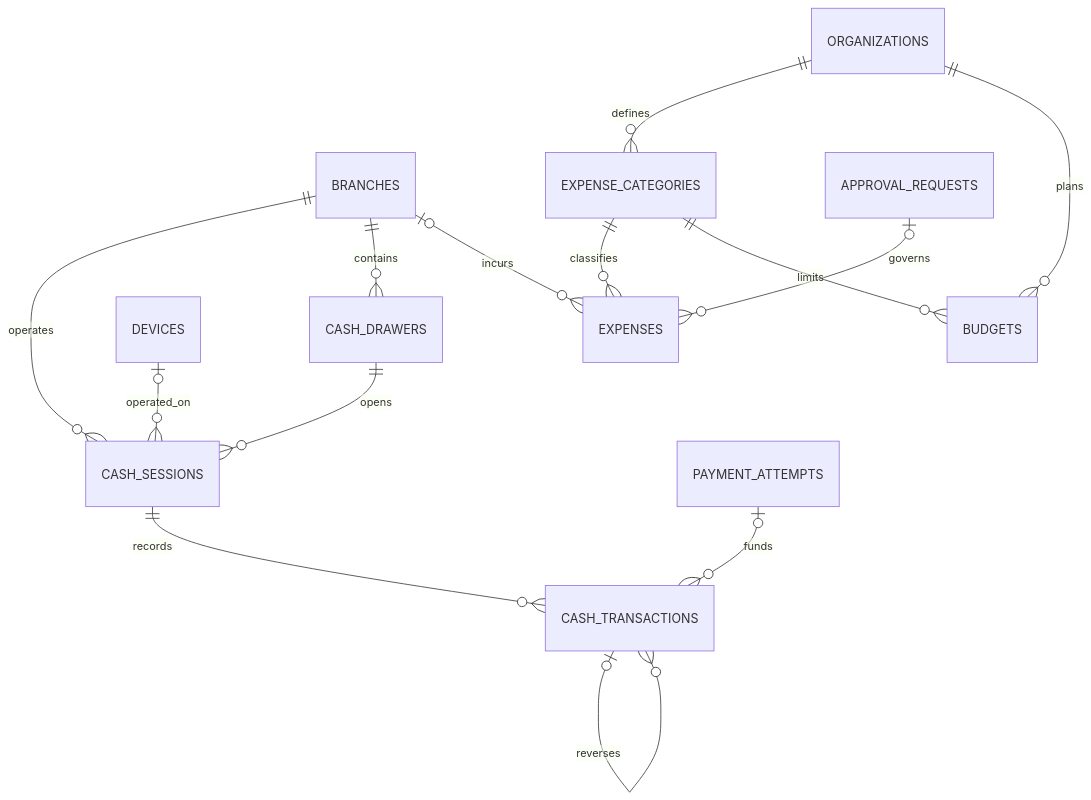
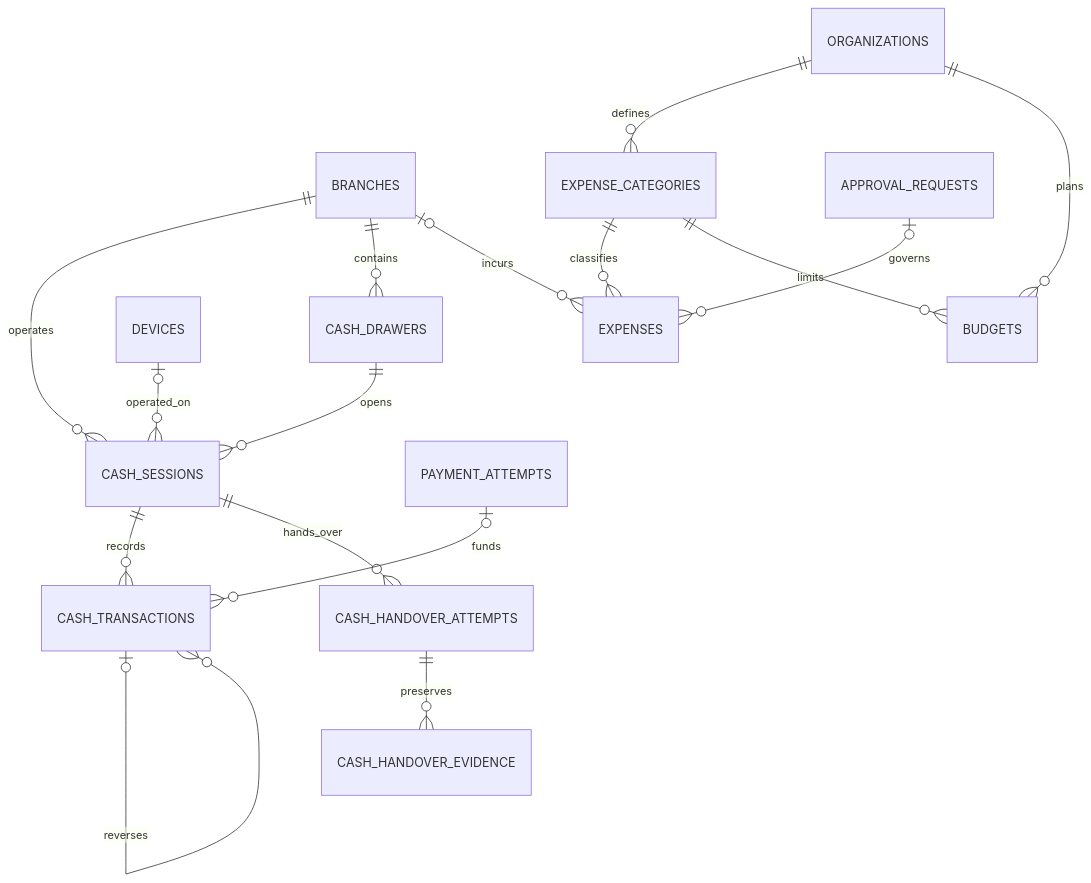
One commit to dtvip195/after_four changed the seventh of 8 diagrams in docs/architecture/after_four_erd.md. Above: the diagram before and after it, drawn with Mermaid. The commit also changed other lines of this file and 3 other files, not shown here.

````diff
--- a/docs/architecture/after_four_erd.md
+++ b/docs/architecture/after_four_erd.md
@@ -310,16 +312,18 @@
 ```mermaid
 erDiagram
   BRANCHES ||--o{ CASH_SESSIONS : operates
   BRANCHES ||--o{ CASH_DRAWERS : contains
   CASH_DRAWERS ||--o{ CASH_SESSIONS : opens
   DEVICES o|--o{ CASH_SESSIONS : operated_on
   CASH_SESSIONS ||--o{ CASH_TRANSACTIONS : records
+  CASH_SESSIONS ||--o{ CASH_HANDOVER_ATTEMPTS : hands_over
+  CASH_HANDOVER_ATTEMPTS ||--o{ CASH_HANDOVER_EVIDENCE : preserves
   PAYMENT_ATTEMPTS o|--o{ CASH_TRANSACTIONS : funds
   CASH_TRANSACTIONS o|--o{ CASH_TRANSACTIONS : reverses
   ORGANIZATIONS ||--o{ EXPENSE_CATEGORIES : defines
   EXPENSE_CATEGORIES ||--o{ EXPENSES : classifies
   BRANCHES o|--o{ EXPENSES : incurs
   ORGANIZATIONS ||--o{ BUDGETS : plans
   EXPENSE_CATEGORIES ||--o{ BUDGETS : limits
   APPROVAL_REQUESTS o|--o{ EXPENSES : governs
 ```
````
